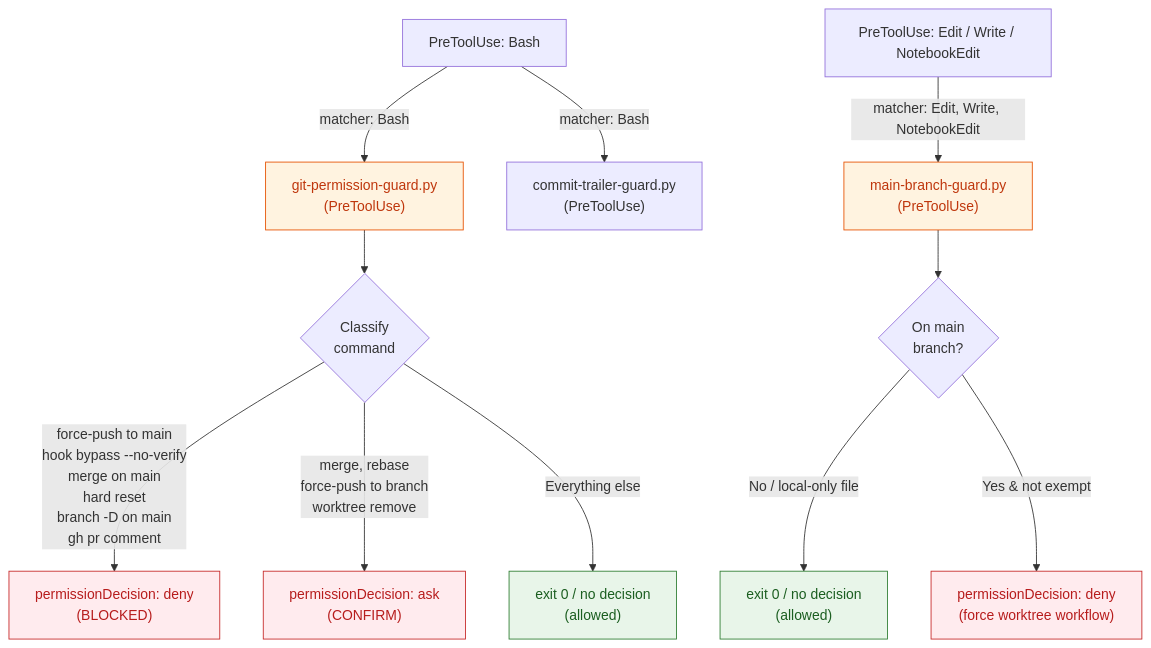
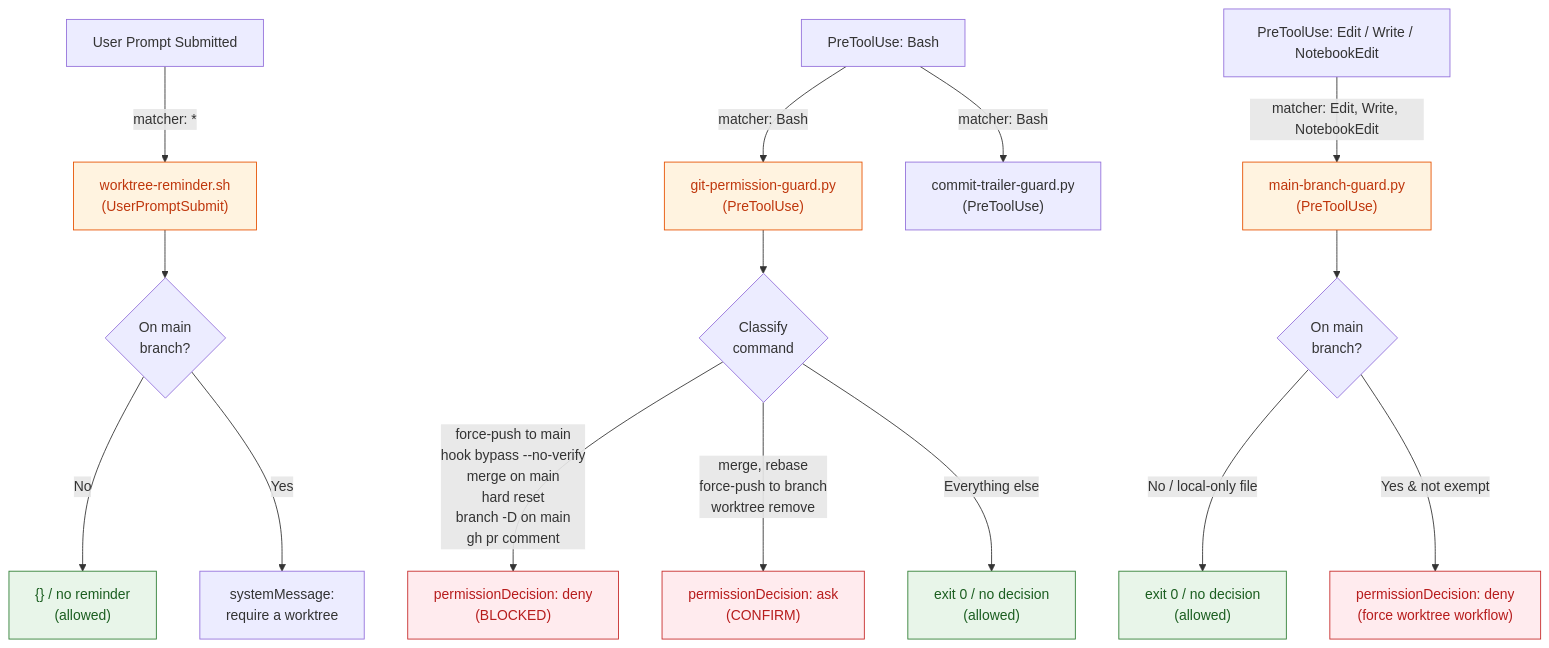
The first of 2 diagrams in git-guards/ARCHITECTURE.md (dryvist/claude-code-plugins), drawn with Mermaid before and after one commit. The commit also changed other lines of this file and 4 other files, not shown here.

First line of the commit message:
fix(git-guards): restore worktree reminder, location-agnostic

````diff
--- a/git-guards/ARCHITECTURE.md
+++ b/git-guards/ARCHITECTURE.md
@@ -9,26 +9,32 @@
 ```mermaid
 flowchart TD
+    UP["User Prompt Submitted"]
     PT_BASH["PreToolUse: Bash"]
     PT_EDIT["PreToolUse: Edit / Write / NotebookEdit"]
 
+    UP -->|"matcher: *"| WR["worktree-reminder.sh\n(UserPromptSubmit)"]
     PT_BASH -->|"matcher: Bash"| PG["git-permission-guard.py\n(PreToolUse)"]
     PT_BASH -->|"matcher: Bash"| TG["commit-trailer-guard.py\n(PreToolUse)"]
     PT_EDIT -->|"matcher: Edit, Write, NotebookEdit"| MBG["main-branch-guard.py\n(PreToolUse)"]
+
+    WR --> WR_CHECK{"On main\nbranch?"}
+    WR_CHECK -->|No| WR_ALLOW["{} / no reminder\n(allowed)"]
+    WR_CHECK -->|Yes| WR_WARN["systemMessage:\nrequire a worktree"]
 
     PG --> PG_CLASSIFY{"Classify\ncommand"}
     PG_CLASSIFY -->|"force-push to main\nhook bypass --no-verify\nmerge on main\nhard reset\nbranch -D on main\ngh pr comment"| PG_BLOCK["permissionDecision: deny\n(BLOCKED)"]
     PG_CLASSIFY -->|"merge, rebase\nforce-push to branch\nworktree remove"| PG_CONFIRM["permissionDecision: ask\n(CONFIRM)"]
     PG_CLASSIFY -->|"Everything else"| PG_ALLOW["exit 0 / no decision\n(allowed)"]
 
     MBG --> MBG_CHECK{"On main\nbranch?"}
     MBG_CHECK -->|No / local-only file| MBG_ALLOW["exit 0 / no decision\n(allowed)"]
     MBG_CHECK -->|Yes & not exempt| MBG_BLOCK["permissionDecision: deny\n(force worktree workflow)"]
 
     classDef hook fill:#fff3e0,stroke:#e65100,color:#bf360c
     classDef block fill:#ffebee,stroke:#c62828,color:#b71c1c
     classDef allow fill:#e8f5e9,stroke:#2e7d32,color:#1b5e20
 
-    class PG,MBG hook
+    class WR,PG,MBG hook
     class PG_BLOCK,PG_CONFIRM,MBG_BLOCK block
-    class PG_ALLOW,MBG_ALLOW allow
+    class WR_ALLOW,PG_ALLOW,MBG_ALLOW allow
 ```
````
